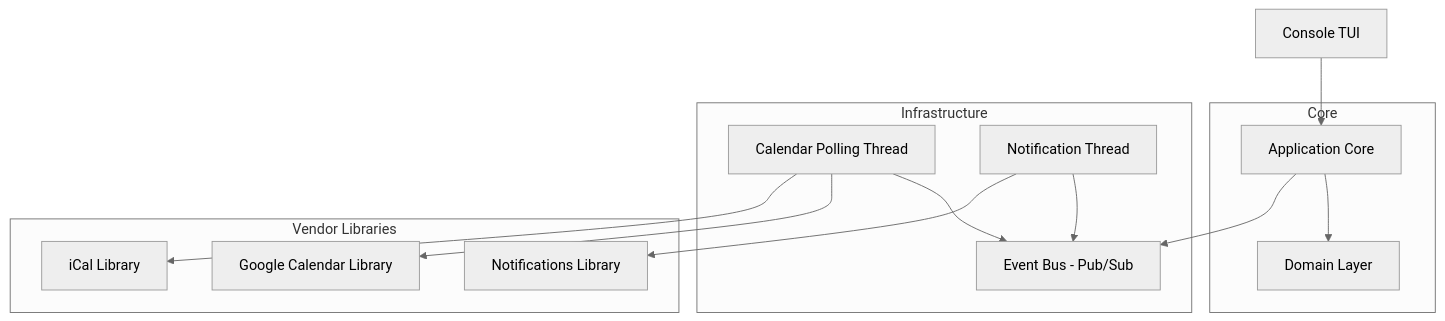
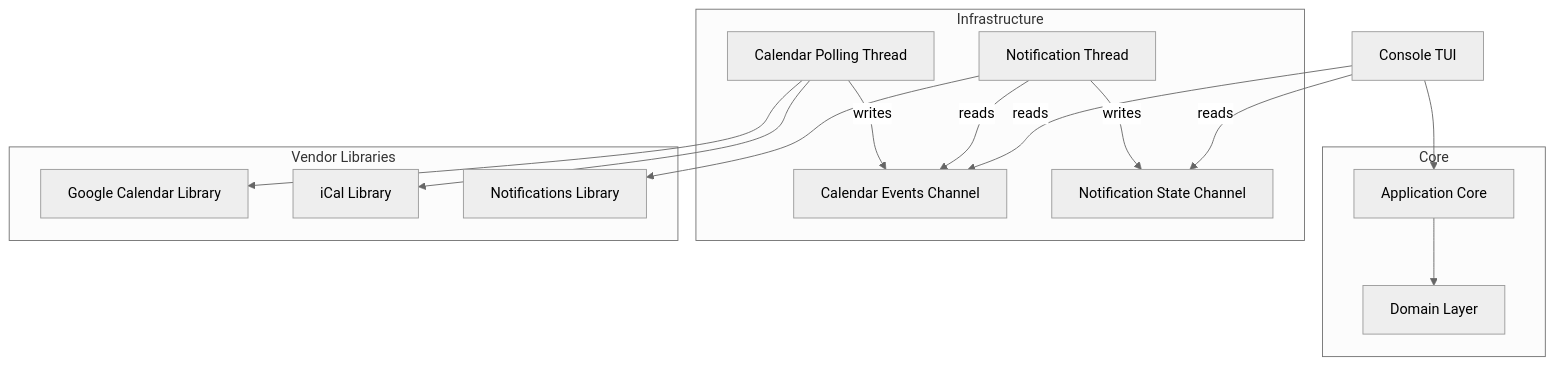
Before and after one commit to Whiteknight/MeetingReminder: the diagram in .kiro/specs/meeting-reminder-tui/design.md, drawn with Mermaid (neutral theme). The commit also changed other lines of this file and 3 other files, not shown here.

````diff
--- a/.kiro/specs/meeting-reminder-tui/design.md
+++ b/.kiro/specs/meeting-reminder-tui/design.md
@@ -58,38 +58,42 @@
 ```mermaid
 graph TB
     Console[Console TUI]
     App[Application Core]
     Domain[Domain Layer]
-    EventBus[Event Bus - Pub/Sub]
+    CalendarChannel[Calendar Events Channel]
+    NotificationChannel[Notification State Channel]
     PollingThread[Calendar Polling Thread]
     NotifThread[Notification Thread]
     GoogleCal[Google Calendar Library]
     iCal[iCal Library]
     NotifLib[Notifications Library]
     
     Console --> App
     App --> Domain
-    App --> EventBus
-    PollingThread --> EventBus
-    NotifThread --> EventBus
+    PollingThread -->|writes| CalendarChannel
+    NotifThread -->|reads| CalendarChannel
+    NotifThread -->|writes| NotificationChannel
+    Console -->|reads| NotificationChannel
+    Console -->|reads| CalendarChannel
     PollingThread --> GoogleCal
     PollingThread --> iCal
     NotifThread --> NotifLib
     
     subgraph "Core"
         Domain
         App
     end
     
     subgraph "Infrastructure"
-        EventBus
+        CalendarChannel
+        NotificationChannel
         PollingThread
         NotifThread
     end
     
     subgraph "Vendor Libraries"
         GoogleCal
         iCal
         NotifLib
     end
 ```
````
